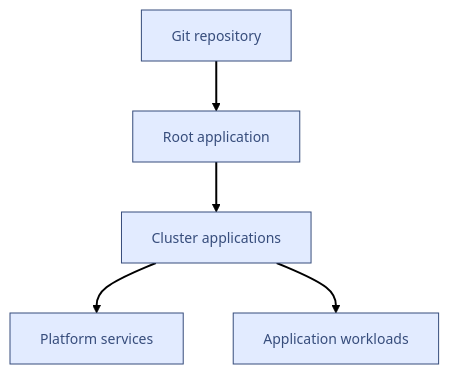
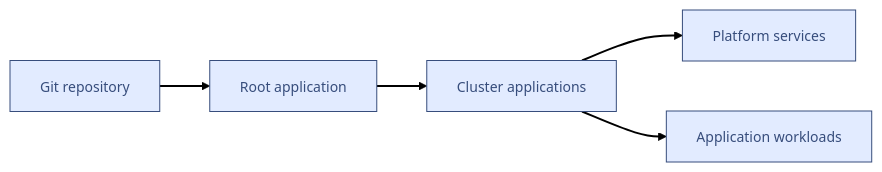
Before and after one commit to rs235/gitops: the first of 2 diagrams in README.md, drawn with Mermaid.

Commit message:
Architecture flowchart now flows left to right.

````diff
--- a/README.md
+++ b/README.md
@@ -55,17 +55,17 @@
 ```mermaid
 ---
 config:
   theme: redux
 ---
-flowchart TB
+flowchart LR
     n1["Git repository"] --> n2["Root application"]
     n2 --> n3["Cluster applications"]
     n3 --> n4["Platform services"] & n5["Application workloads"]
 
      n1:::Sky
      n2:::Sky
      n3:::Sky
      n4:::Sky
      n5:::Sky
      classDef Sky stroke-width:1px, stroke-dasharray:none, stroke:#374D7C, fill:#E2EBFF, color:#374D7C
 ```
````
